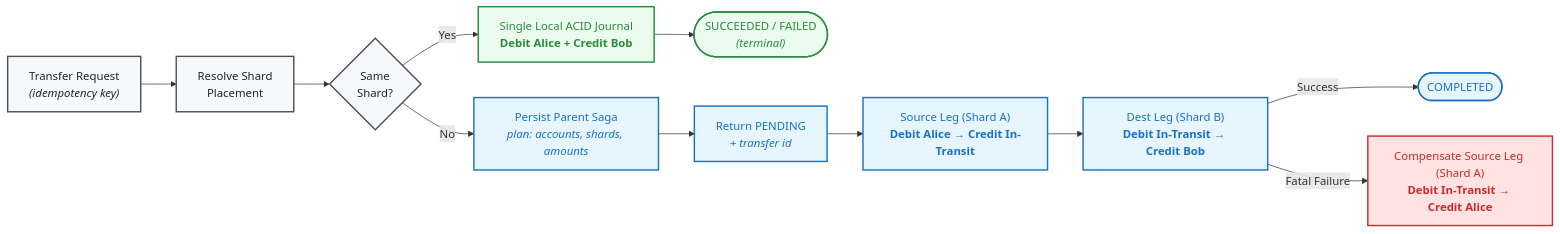
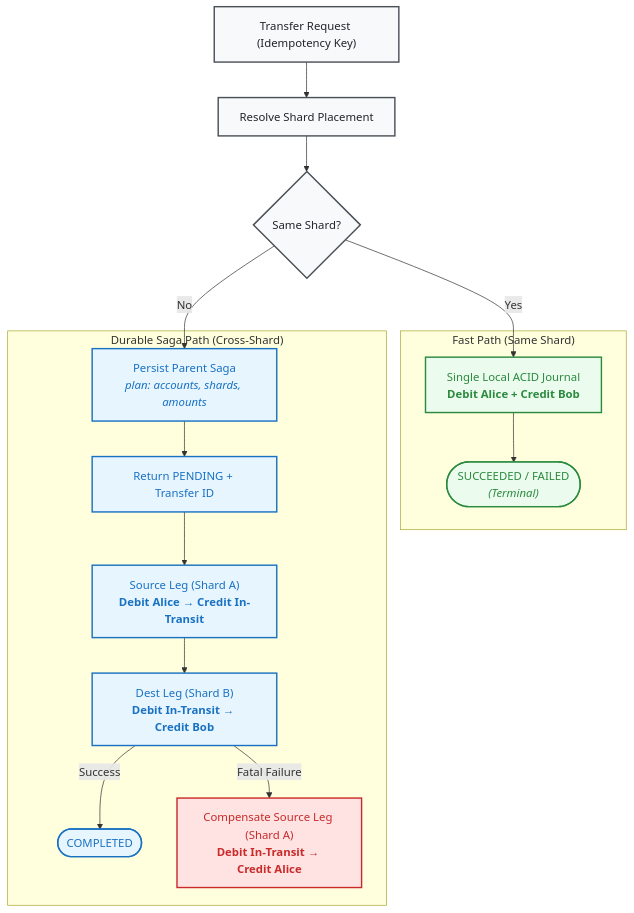
The diagram in _posts/2026-10-13-crash-resilient-cross-shard-ledger-saga.md (galt-k/galt-tech), drawn with Mermaid before and after one commit. The commit also changed other lines of this file, not shown here.

Commit message:
Add Failure modes section and enlarge responsive diagram layout

````diff
--- a/_posts/2026-10-13-crash-resilient-cross-shard-ledger-saga.md
+++ b/_posts/2026-10-13-crash-resilient-cross-shard-ledger-saga.md
@@ -72,45 +73,47 @@
-```mermaid
-flowchart LR
-    %% Intake (Left)
-    REQ["Transfer Request<br/><i>(idempotency key)</i>"]
-    RESOLVE["Resolve Shard<br/>Placement"]
-    BRANCH{"Same<br/>Shard?"}
+<pre class="mermaid">
+flowchart TD
+    %% Intake
+    REQ["Transfer Request (Idempotency Key)"]
+    RESOLVE["Resolve Shard Placement"]
+    BRANCH{"Same Shard?"}
 
     REQ --> RESOLVE
     RESOLVE --> BRANCH
 
-    %% Top Lane: Fast Path (Green)
-    FAST["Single Local ACID Journal<br/><b>Debit Alice + Credit Bob</b>"]
-    TERM(["SUCCEEDED / FAILED<br/><i>(terminal)</i>"])
+    %% Fast Path
+    subgraph FAST_LANE ["Fast Path (Same Shard)"]
+        FAST["Single Local ACID Journal<br/><b>Debit Alice + Credit Bob</b>"]
+        TERM(["SUCCEEDED / FAILED<br/><i>(Terminal)</i>"])
+        FAST --> TERM
+    end
+
+    %% Cross Shard Saga Path
+    subgraph SAGA_LANE ["Durable Saga Path (Cross-Shard)"]
+        PARENT["Persist Parent Saga<br/><i>plan: accounts, shards, amounts</i>"]
+        ACK["Return PENDING + Transfer ID"]
+        SRC["Source Leg (Shard A)<br/><b>Debit Alice → Credit In-Transit</b>"]
+        DEST["Dest Leg (Shard B)<br/><b>Debit In-Transit → Credit Bob</b>"]
+        DONE(["COMPLETED"])
+        COMP["Compensate Source Leg (Shard A)<br/><b>Debit In-Transit → Credit Alice</b>"]
+
+        PARENT --> ACK
+        ACK --> SRC
+        SRC --> DEST
+        DEST -- "Success" --> DONE
+        DEST -- "Fatal Failure" --> COMP
+    end
 
     BRANCH -- "Yes" --> FAST
-    FAST --> TERM
-
-    %% Bottom Lane: Cross-Shard Saga Path (Blue)
-    PARENT["Persist Parent Saga<br/><i>plan: accounts, shards, amounts</i>"]
-    ACK["Return PENDING<br/><i>+ transfer id</i>"]
-    SRC["Source Leg (Shard A)<br/><b>Debit Alice → Credit In-Transit</b>"]
-    DEST["Dest Leg (Shard B)<br/><b>Debit In-Transit → Credit Bob</b>"]
-    DONE(["COMPLETED"])
-
-    %% Failure / Compensation (Red)
-    COMP["Compensate Source Leg (Shard A)<br/><b>Debit In-Transit → Credit Alice</b>"]
-
     BRANCH -- "No" --> PARENT
-    PARENT --> ACK
-    ACK --> SRC
-    SRC --> DEST
-    DEST -- "Success" --> DONE
-    DEST -- "Fatal Failure" --> COMP
 
     %% Styling
     classDef intake fill:#f8f9fa,stroke:#495057,stroke-width:2px,color:#212529;
     classDef fast fill:#ebfbee,stroke:#2b8a3e,stroke-width:2px,color:#2b8a3e;
     classDef saga fill:#e7f5ff,stroke:#1971c2,stroke-width:2px,color:#1971c2;
     classDef fail fill:#ffe3e3,stroke:#c92a2a,stroke-width:2px,color:#c92a2a;
 
     class REQ,RESOLVE,BRANCH intake;
     class FAST,TERM fast;
     class PARENT,ACK,SRC,DEST,DONE saga;
     class COMP fail;
-```
+</pre>
````
